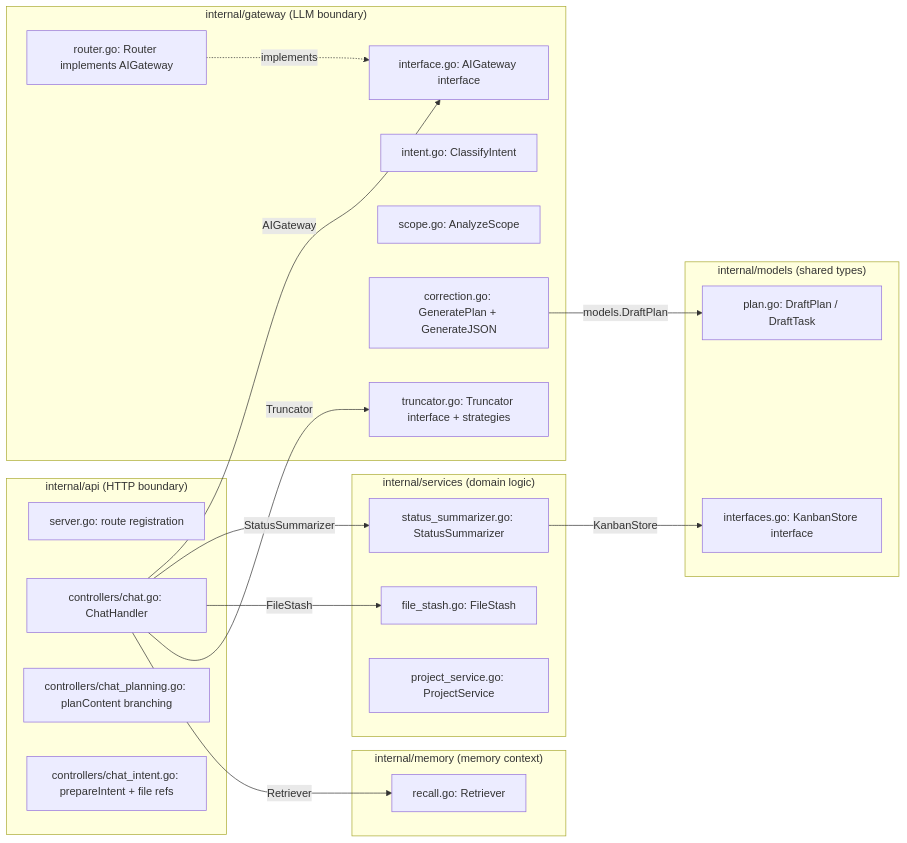
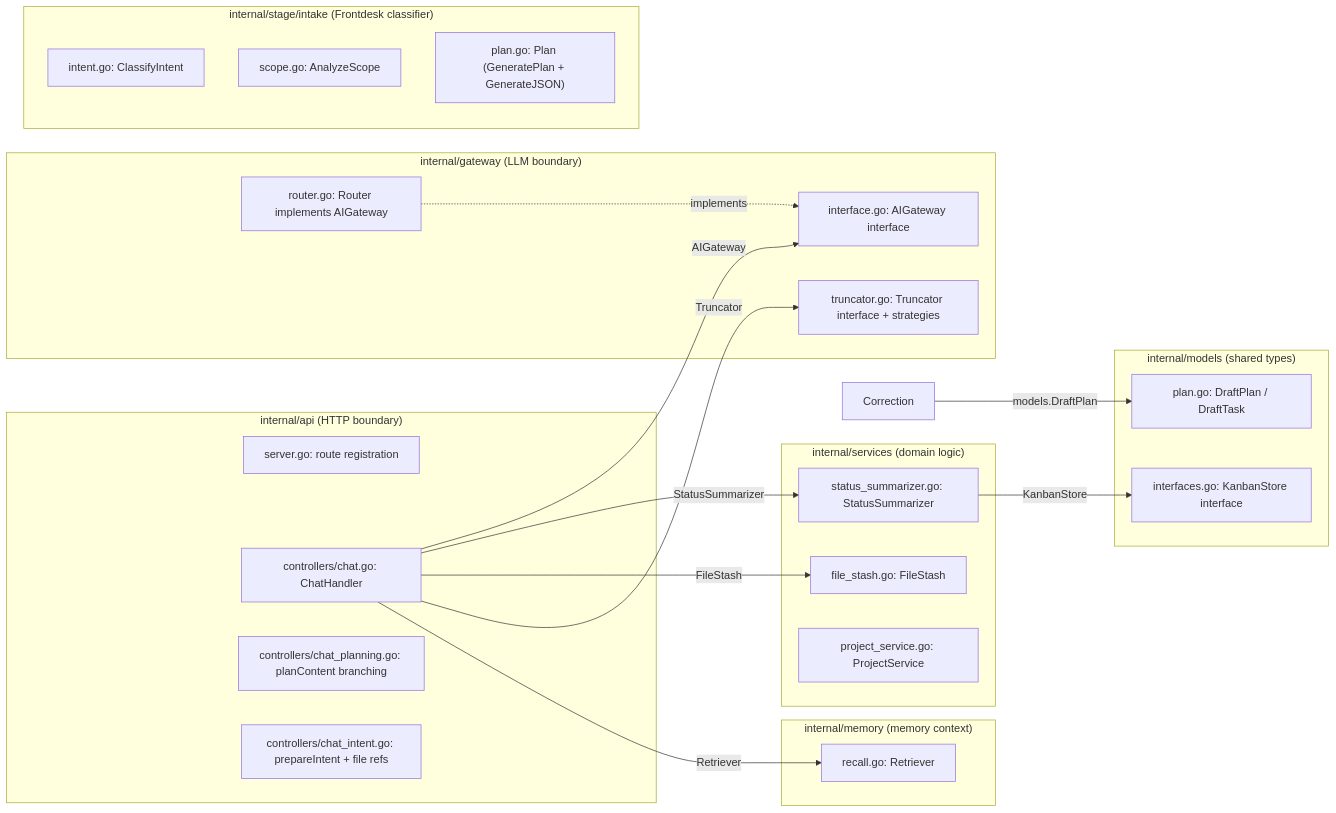
One commit to Israel-Laguan/agentd changed the second of 2 diagrams in docs/frontdesk.md. Above: the diagram before and after it, drawn with Mermaid. The commit also changed 5 other files, not shown here.

First line of the commit message:
docs: update architecture documentation and intake stage references

````diff
--- a/docs/frontdesk.md
+++ b/docs/frontdesk.md
@@ -35,42 +35,45 @@
 ```mermaid
 graph LR
     subgraph api ["internal/api (HTTP boundary)"]
         Server["server.go: route registration"]
         ChatCtrl["controllers/chat.go: ChatHandler"]
         PlanCtrl["controllers/chat_planning.go: planContent branching"]
         IntentCtrl["controllers/chat_intent.go: prepareIntent + file refs"]
     end
 
     subgraph gw ["internal/gateway (LLM boundary)"]
         Interface["interface.go: AIGateway interface"]
         RouterImpl["router.go: Router implements AIGateway"]
+        Truncator["truncator.go: Truncator interface + strategies"]
+    end
+
+    subgraph intake ["internal/stage/intake (Frontdesk classifier)"]
         Intent["intent.go: ClassifyIntent"]
         Scope["scope.go: AnalyzeScope"]
-        Correction["correction.go: GeneratePlan + GenerateJSON"]
-        Truncator["truncator.go: Truncator interface + strategies"]
+        PlanGen["plan.go: Plan (GeneratePlan + GenerateJSON)"]
     end
 
     subgraph svc ["internal/services (domain logic)"]
         Summarizer["status_summarizer.go: StatusSummarizer"]
         Stash["file_stash.go: FileStash"]
         ProjectSvc["project_service.go: ProjectService"]
     end
 
     subgraph mem ["internal/memory (memory context)"]
         RetrieverNode["recall.go: Retriever"]
     end
 
     subgraph models ["internal/models (shared types)"]
         Plan["plan.go: DraftPlan / DraftTask"]
         Store["interfaces.go: KanbanStore interface"]
     end
 
     ChatCtrl -->|"AIGateway"| Interface
     ChatCtrl -->|"StatusSummarizer"| Summarizer
     ChatCtrl -->|"FileStash"| Stash
     ChatCtrl -->|"Truncator"| Truncator
     ChatCtrl -->|"Retriever"| RetrieverNode
     RouterImpl -.->|"implements"| Interface
     Summarizer -->|"KanbanStore"| Store
     Correction -->|"models.DraftPlan"| Plan
 ```
````
